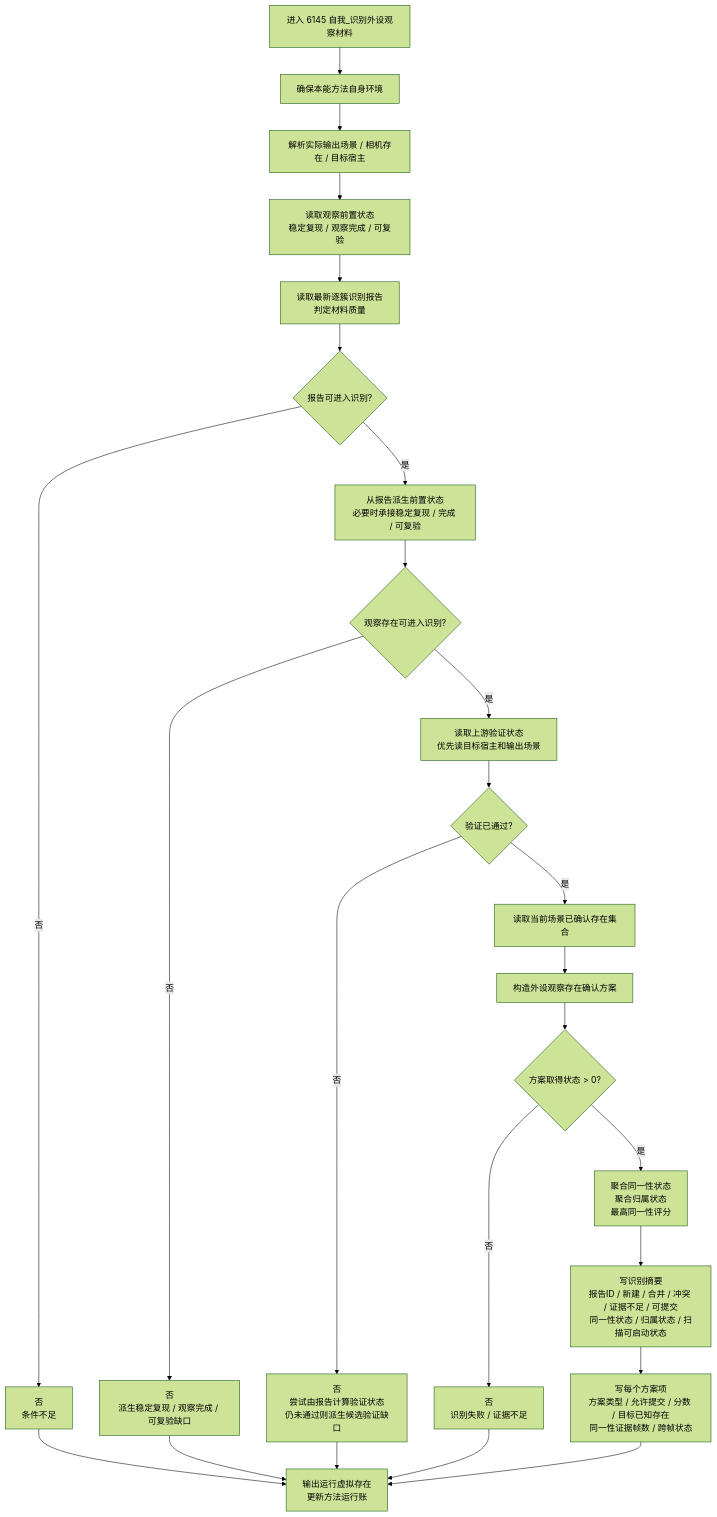
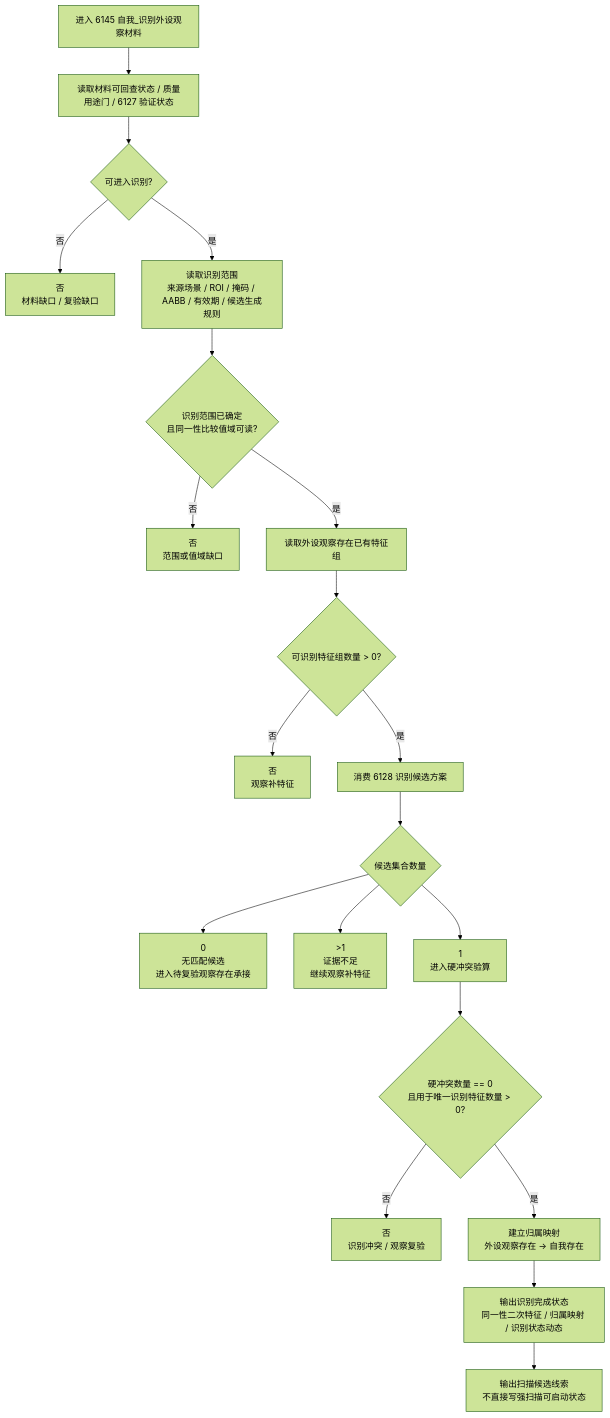
One commit to chunhaizh-cyber/Birthplace-of-digital-civilization changed the fourth of 7 diagrams in 流程图/当前_本能方法_识别内部实现逻辑流程图.md. Above: the diagram before and after it, drawn with Mermaid (forest theme). The commit also changed other lines of this file and 67 other files, not shown here.

````diff
--- a/流程图/当前_本能方法_识别内部实现逻辑流程图.md
+++ b/流程图/当前_本能方法_识别内部实现逻辑流程图.md
@@ -184,34 +200,36 @@
 ```mermaid
 flowchart TD
     A["进入 6145 自我_识别外设观察材料"]
-    B["确保本能方法自身环境"]
-    C["解析实际输出场景 / 相机存在 / 目标宿主"]
-    D["读取观察前置状态<br/>稳定复现 / 观察完成 / 可复验"]
-    E["读取最新逐簇识别报告<br/>判定材料质量"]
-    F{"报告可进入识别?"}
-    F0["否<br/>条件不足"]
-    G["从报告派生前置状态<br/>必要时承接稳定复现 / 完成 / 可复验"]
-    H{"观察存在可进入识别?"}
-    H0["否<br/>派生稳定复现 / 观察完成 / 可复验缺口"]
-    I["读取上游验证状态<br/>优先读目标宿主和输出场景"]
-    J{"验证已通过?"}
-    J0["否<br/>尝试由报告计算验证状态<br/>仍未通过则派生候选验证缺口"]
-    K["读取当前场景已确认存在集合"]
-    L["构造外设观察存在确认方案"]
-    M{"方案取得状态 > 0?"}
-    M0["否<br/>识别失败 / 证据不足"]
-    N["聚合同一性状态<br/>聚合归属状态<br/>最高同一性评分"]
-    O["写识别摘要<br/>报告ID / 新建 / 合并 / 冲突 / 证据不足 / 可提交<br/>同一性状态 / 归属状态 / 扫描可启动状态"]
-    P["写每个方案项<br/>方案类型 / 允许提交 / 分数 / 目标已知存在<br/>同一性证据帧数 / 跨帧状态"]
-    Q["输出运行虚拟存在<br/>更新方法运行账"]
+    B["读取材料可回查状态 / 质量用途门 / 6127 验证状态"]
+    C{"可进入识别?"}
+    C0["否<br/>材料缺口 / 复验缺口"]
+    D["读取识别范围<br/>来源场景 / ROI / 掩码 / AABB / 有效期 / 候选生成规则"]
+    E{"识别范围已确定<br/>且同一性比较值域可读?"}
+    E0["否<br/>范围或值域缺口"]
+    F["读取外设观察存在已有特征组"]
+    G{"可识别特征组数量 > 0?"}
+    G0["否<br/>观察补特征"]
+    H["消费 6128 识别候选方案"]
+    I{"候选集合数量"}
+    I0["0<br/>无匹配候选<br/>进入待复验观察存在承接"]
+    I1[">1<br/>证据不足<br/>继续观察补特征"]
+    I2["1<br/>进入硬冲突验算"]
+    J{"硬冲突数量 == 0<br/>且用于唯一识别特征数量 > 0?"}
+    J0["否<br/>识别冲突 / 观察复验"]
+    K["建立归属映射<br/>外设观察存在 -> 自我存在"]
+    L["输出识别完成状态<br/>同一性二次特征 / 归属映射 / 识别状态动态"]
+    M["输出扫描候选线索<br/>不直接写强扫描可启动状态"]
 
-    A --> B --> C --> D --> E --> F
-    F -->|"否"| F0 --> Q
-    F -->|"是"| G --> H
-    H -->|"否"| H0 --> Q
-    H -->|"是"| I --> J
-    J -->|"否"| J0 --> Q
+    A --> B --> C
+    C -->|"否"| C0
+    C -->|"是"| D --> E
+    E -->|"否"| E0
+    E -->|"是"| F --> G
+    G -->|"否"| G0
+    G -->|"是"| H --> I
+    I --> I0
+    I --> I1
+    I --> I2 --> J
+    J -->|"否"| J0
     J -->|"是"| K --> L --> M
-    M -->|"否"| M0 --> Q
-    M -->|"是"| N --> O --> P --> Q
 ```
````
